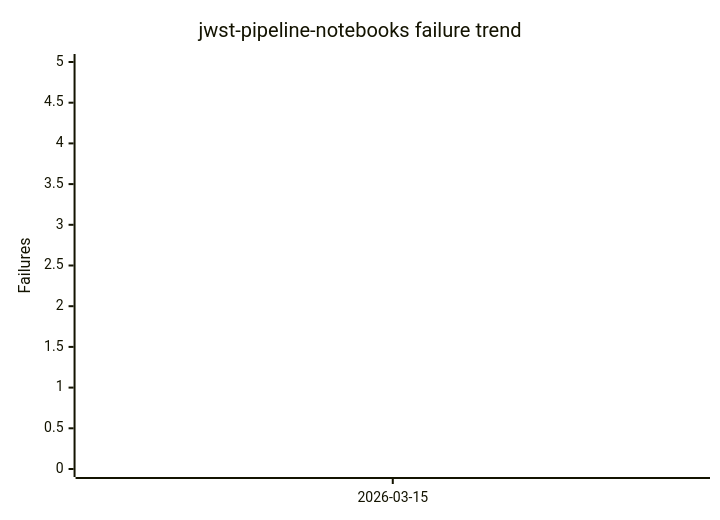
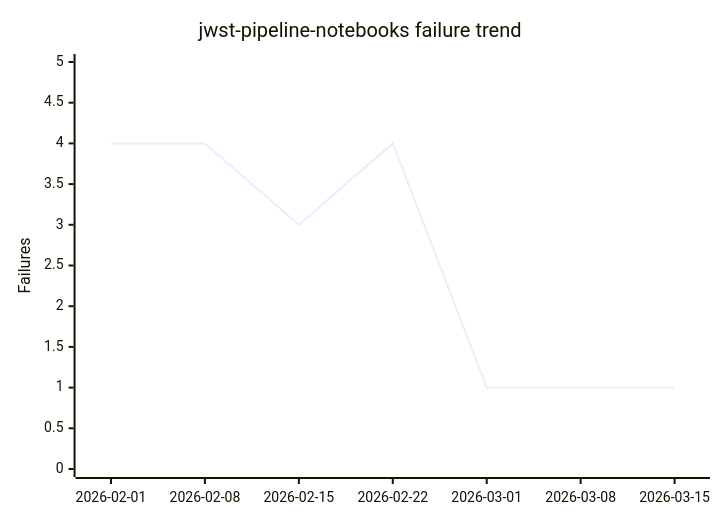
The fifth of 7 diagrams in metrics/dashboard.md (spacetelescope/notebook-infrastructure), drawn with Mermaid before and after one commit. The commit also changed other lines of this file and 2 other files, not shown here.

````diff
--- a/metrics/dashboard.md
+++ b/metrics/dashboard.md
@@ -85,7 +146,7 @@
 ```mermaid
 xychart-beta
     title "jwst-pipeline-notebooks failure trend"
-    x-axis ["2026-03-15"]
+    x-axis ["2026-02-01", "2026-02-08", "2026-02-15", "2026-02-22", "2026-03-01", "2026-03-08", "2026-03-15"]
     y-axis "Failures" 0 --> 5
-    line [1]
+    line [4, 4, 3, 4, 1, 1, 1]
 ```
````
